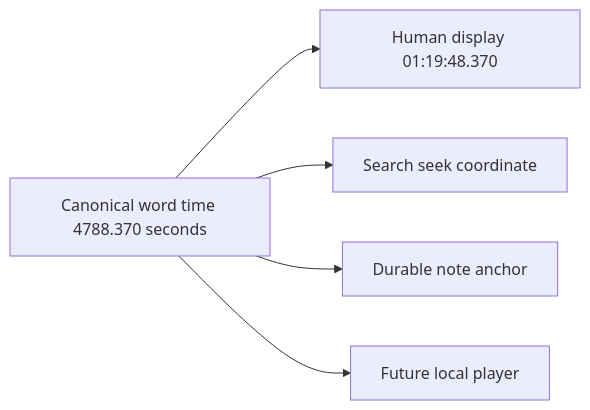
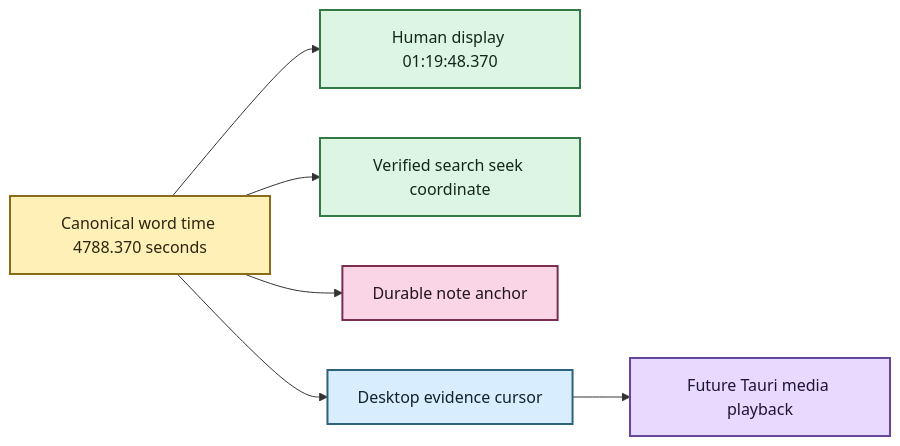
One commit to SSD1805/EchoFlow changed the first of 2 diagrams in docs/time-navigation.md. Above: the diagram before and after it, drawn with Mermaid. The commit also changed other lines of this file and 29 other files, not shown here.

Commit message:
docs: restore Mermaid styling and refresh current product truth

````diff
--- a/docs/time-navigation.md
+++ b/docs/time-navigation.md
@@ -45,7 +28,20 @@
 ```mermaid
-graph LR;
+flowchart LR
     A[Canonical word time 4788.370 seconds] --> B[Human display 01:19:48.370]
-    A --> C[Search seek coordinate]
+    A --> C[Verified search seek coordinate]
     A --> D[Durable note anchor]
-    A --> E[Future local player]
+    A --> E[Desktop evidence cursor]
+    E --> F[Future Tauri media playback]
+
+    classDef evidence fill:#FFF0B8,stroke:#8A6B18,stroke-width:2px,color:#2C260F
+    classDef view fill:#DDF5E3,stroke:#347A46,stroke-width:2px,color:#142719
+    classDef source fill:#F9D5E5,stroke:#7B2E52,stroke-width:2px,color:#22151B
+    classDef inspect fill:#D8EEFF,stroke:#2E617B,stroke-width:2px,color:#12222A
+    classDef process fill:#E8D9FF,stroke:#68469B,stroke-width:2px,color:#1F1630
+
+    class A evidence
+    class B,C view
+    class D source
+    class E inspect
+    class F process
 ```
````
